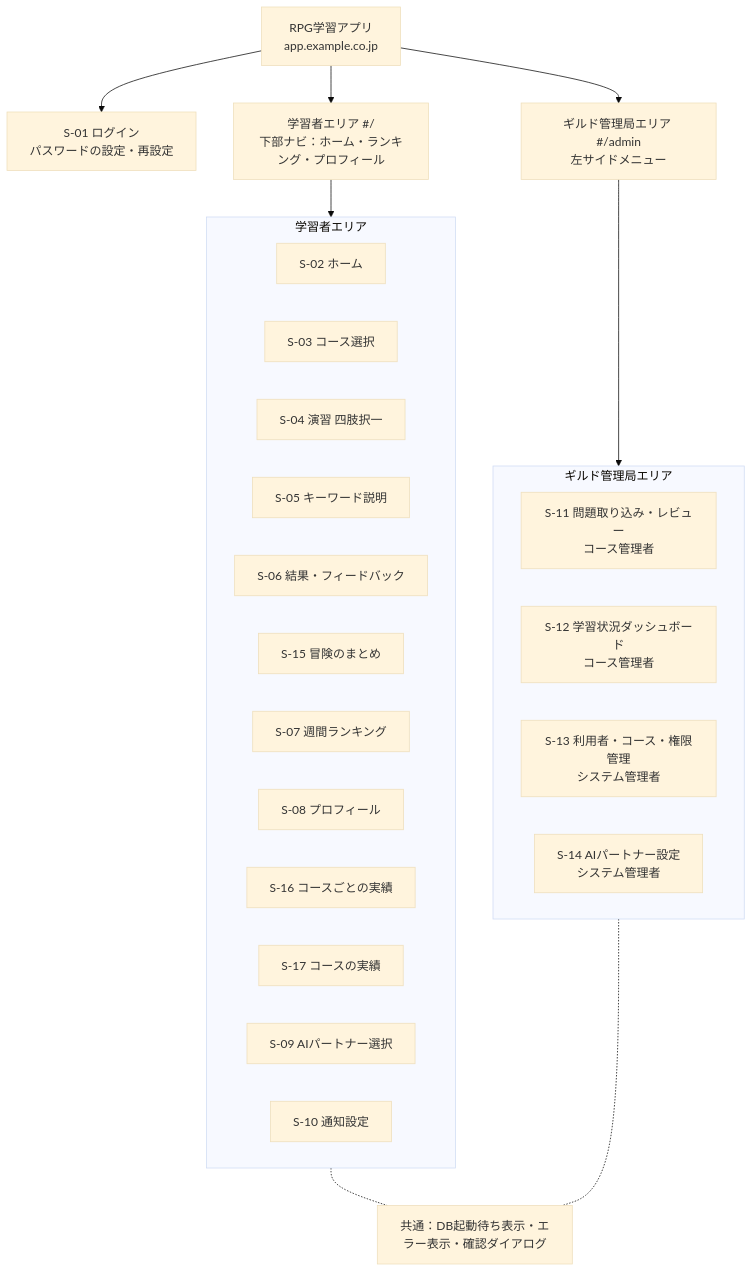
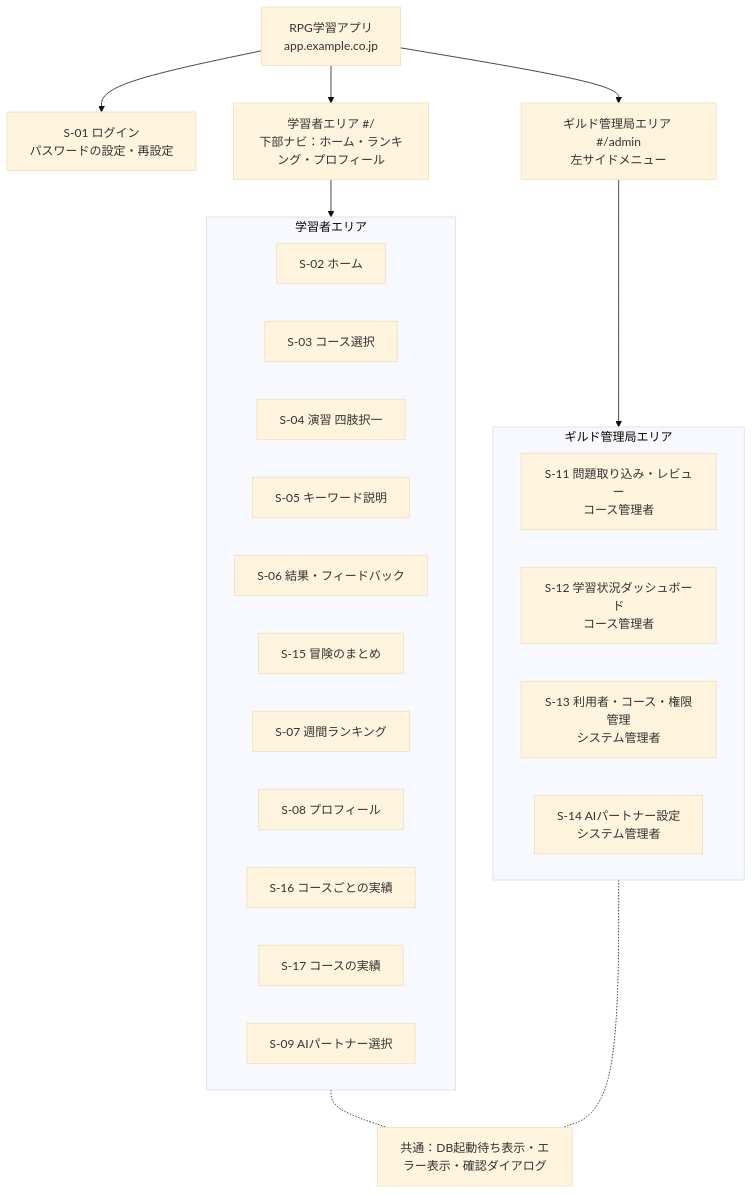
The fourth of 16 diagrams in documents/外部設計書_RPG学習アプリ.md (pocarialice/rpglearning), drawn with Mermaid (base theme) before and after one commit. The commit also changed other lines of this file and 9 other files, not shown here.

````diff
--- a/documents/外部設計書_RPG学習アプリ.md
+++ b/documents/外部設計書_RPG学習アプリ.md
@@ -292,32 +291,31 @@
 ```mermaid
 flowchart TB
   ROOT["RPG学習アプリ<br>app.example.co.jp"]
   ROOT --> AUTH["S-01 ログイン<br>パスワードの設定・再設定"]
   ROOT --> L["学習者エリア #/<br>下部ナビ：ホーム・ランキング・プロフィール"]
   ROOT --> A["ギルド管理局エリア #/admin<br>左サイドメニュー"]
   subgraph LEARN["学習者エリア"]
     S02["S-02 ホーム"]
     S03["S-03 コース選択"]
     S04["S-04 演習 四肢択一"]
     S05["S-05 キーワード説明"]
     S06["S-06 結果・フィードバック"]
     S15["S-15 冒険のまとめ"]
     S07["S-07 週間ランキング"]
     S08["S-08 プロフィール"]
     S16["S-16 コースごとの実績"]
     S17["S-17 コースの実績"]
     S09["S-09 AIパートナー選択"]
-    S10["S-10 通知設定"]
   end
   subgraph ADMIN["ギルド管理局エリア"]
     S11["S-11 問題取り込み・レビュー<br>コース管理者"]
     S12["S-12 学習状況ダッシュボード<br>コース管理者"]
     S13["S-13 利用者・コース・権限管理<br>システム管理者"]
     S14["S-14 AIパートナー設定<br>システム管理者"]
   end
   L --> LEARN
   A --> ADMIN
   COMMON["共通：DB起動待ち表示・エラー表示・確認ダイアログ"]
   LEARN -.- COMMON
   ADMIN -.- COMMON
 ```
````
